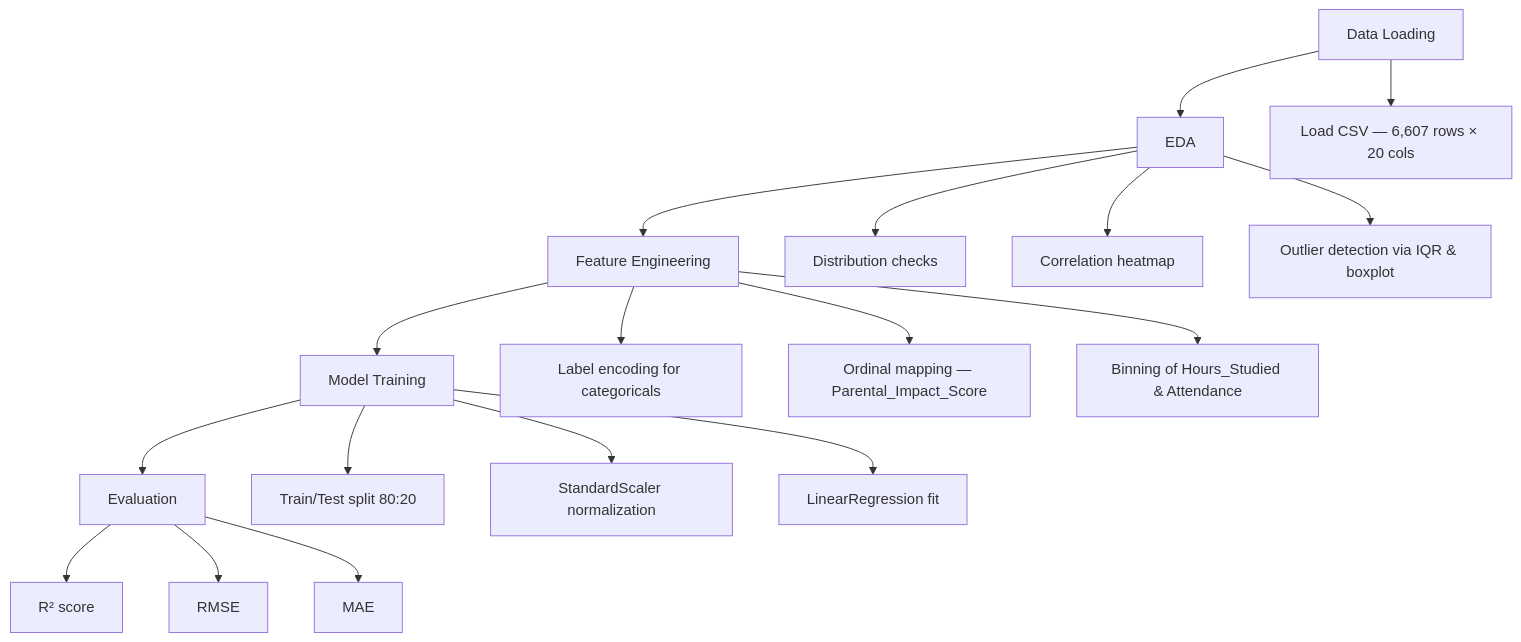
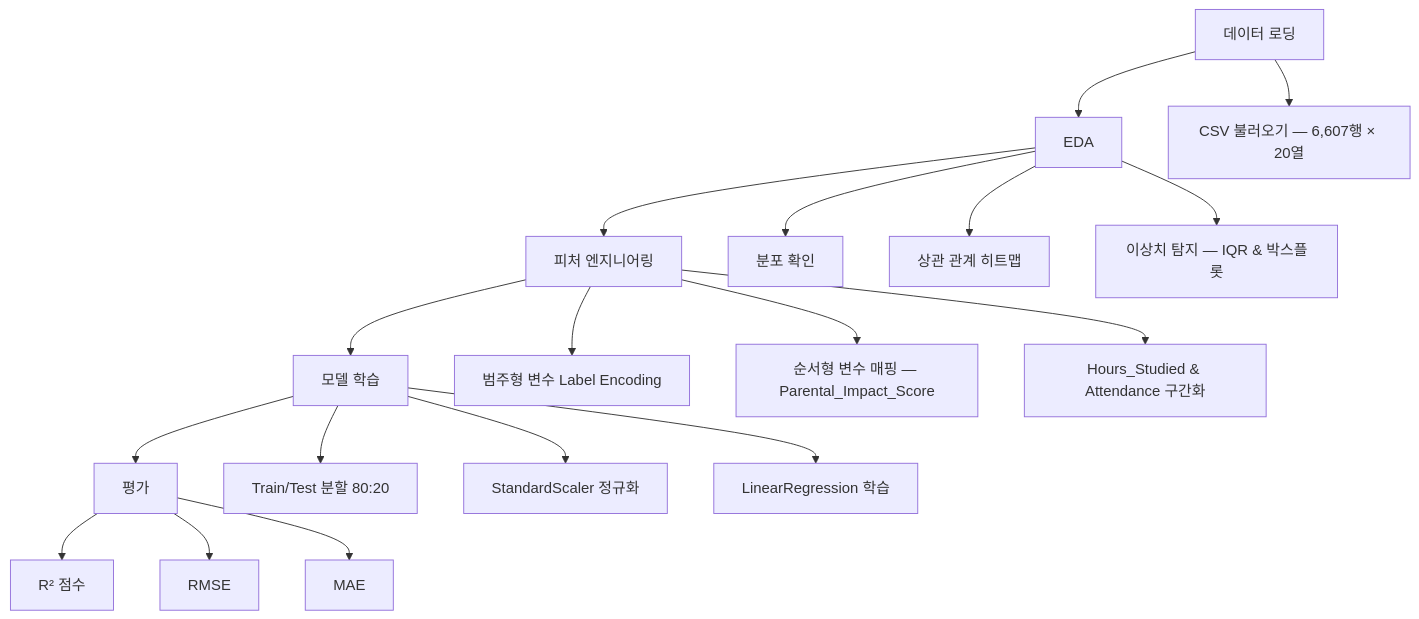
Before and after one commit to vosnuev/score-prediction-analysis: the diagram in README.md, drawn with Mermaid. The commit also changed other lines of this file, not shown here.

````diff
--- a/README.md
+++ b/README.md
@@ -55,21 +65,21 @@
 ```mermaid
 flowchart TD
-    A[Data Loading] --> B[EDA]
-    B --> C[Feature Engineering]
-    C --> D[Model Training]
-    D --> E[Evaluation]
+    A[데이터 로딩] --> B[EDA]
+    B --> C[피처 엔지니어링]
+    C --> D[모델 학습]
+    D --> E[평가]
 
-    A --> A1[Load CSV — 6,607 rows × 20 cols]
-    B --> B1[Distribution checks]
-    B --> B2[Correlation heatmap]
-    B --> B3[Outlier detection via IQR & boxplot]
-    C --> C1[Label encoding for categoricals]
-    C --> C2[Ordinal mapping — Parental_Impact_Score]
-    C --> C3[Binning of Hours_Studied & Attendance]
-    D --> D1[Train/Test split 80:20]
-    D --> D2[StandardScaler normalization]
-    D --> D3[LinearRegression fit]
-    E --> E1[R² score]
+    A --> A1["CSV 불러오기 — 6,607행 × 20열"]
+    B --> B1[분포 확인]
+    B --> B2[상관 관계 히트맵]
+    B --> B3["이상치 탐지 — IQR & 박스플롯"]
+    C --> C1[범주형 변수 Label Encoding]
+    C --> C2["순서형 변수 매핑 — Parental_Impact_Score"]
+    C --> C3["Hours_Studied & Attendance 구간화"]
+    D --> D1["Train/Test 분할 80:20"]
+    D --> D2[StandardScaler 정규화]
+    D --> D3[LinearRegression 학습]
+    E --> E1[R² 점수]
     E --> E2[RMSE]
     E --> E3[MAE]
 ```
````
